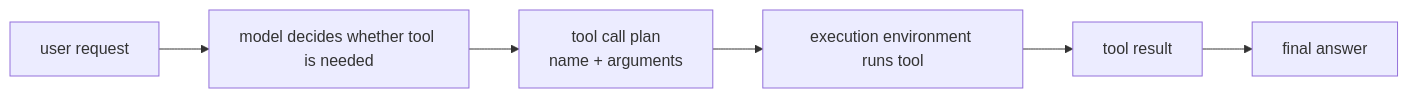
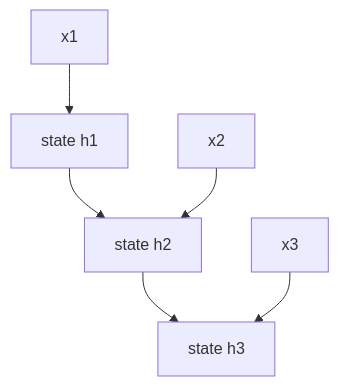
Before and after one commit to devchan64/AiBook: the diagram in docs/parts/part-05/chapter-12/section-01.md, drawn with Mermaid. The commit also changed other lines of this file and 213 other files, not shown here.

````diff
--- a/docs/parts/part-05/chapter-12/section-01.md
+++ b/docs/parts/part-05/chapter-12/section-01.md
@@ -239,12 +135,15 @@
 ```mermaid
-flowchart LR
-  A["user request"]
-  B["model decides whether tool is needed"]
-  C["tool call plan<br/>name + arguments"]
-  D["execution environment runs tool"]
-  E["tool result"]
-  F["final answer"]
+flowchart TD
+  A["x1"]
+  B["state h1"]
+  C["x2"]
+  D["state h2"]
+  E["x3"]
+  F["state h3"]
 
   A --> B
-  B --> C --> D --> E --> F
+  B --> D
+  C --> D
+  D --> F
+  E --> F
 ```
````
